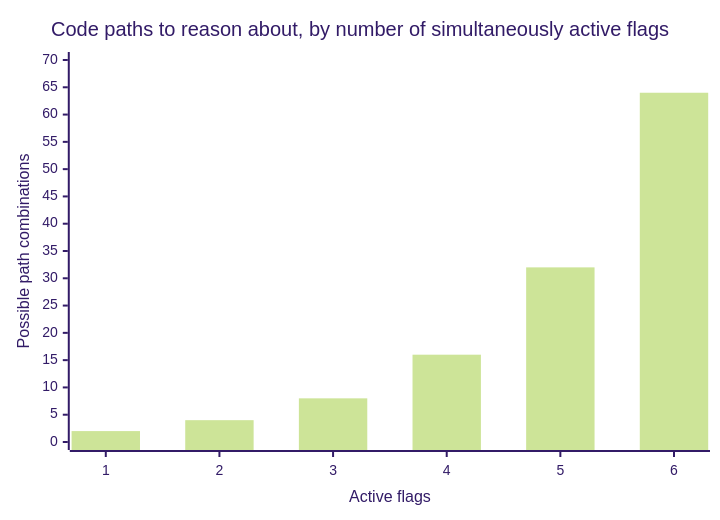
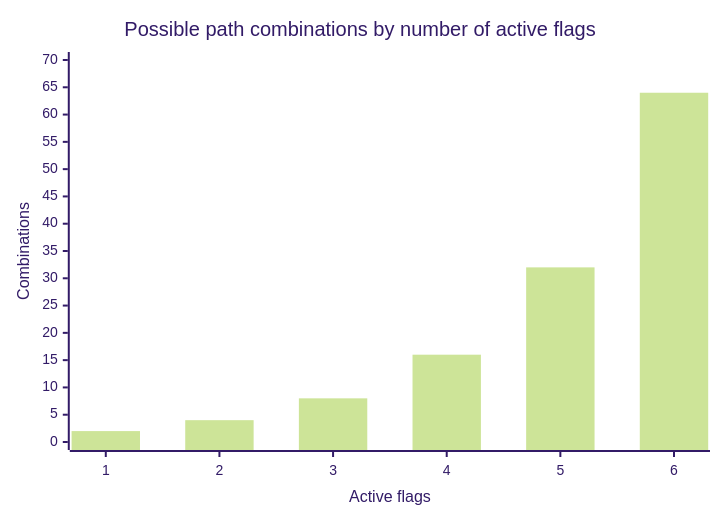
One commit to francoandreDev/knowledge changed the fourth of 5 diagrams in src/content/git-teamwork/feature-flags/L3-deep-dive.mdx. Above: the diagram before and after it, drawn with Mermaid (forest theme). The commit also changed other lines of this file and 3 other files, not shown here.

````diff
--- a/src/content/git-teamwork/feature-flags/L3-deep-dive.mdx
+++ b/src/content/git-teamwork/feature-flags/L3-deep-dive.mdx
@@ -217,7 +149,7 @@
 ```mermaid
 xychart-beta
-    title "Code paths to reason about, by number of simultaneously active flags"
+    title "Possible path combinations by number of active flags"
     x-axis "Active flags" [1, 2, 3, 4, 5, 6]
-    y-axis "Possible path combinations" 0 --> 70
+    y-axis "Combinations" 0 --> 70
     bar [2, 4, 8, 16, 32, 64]
 ```
````
